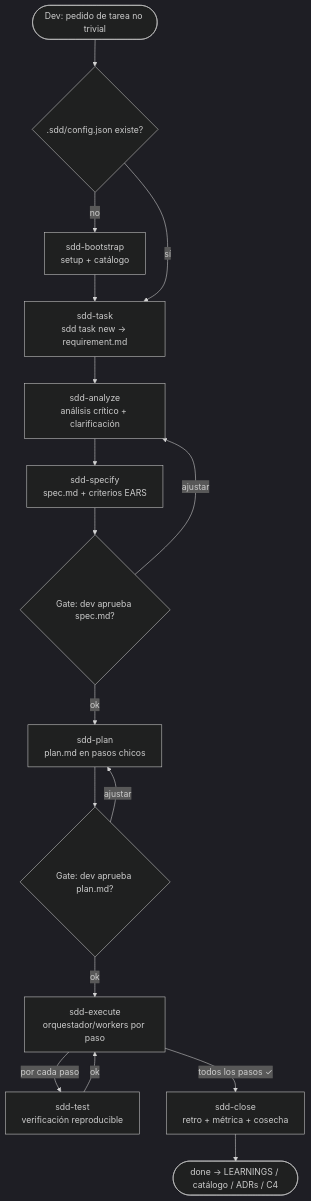
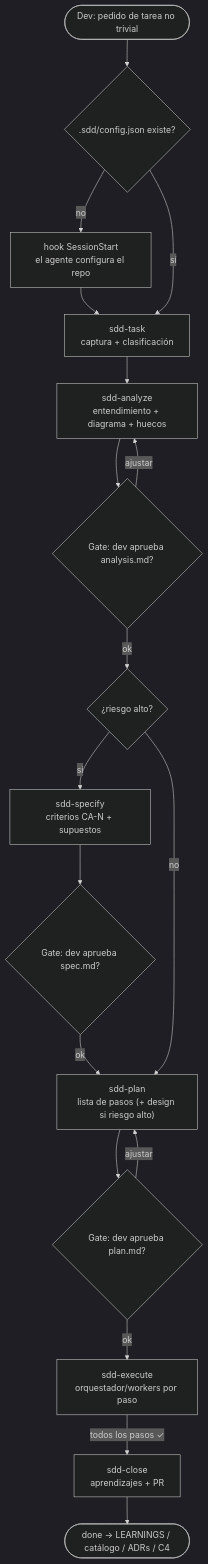
One commit to ezepaskana/sddkit changed the diagram in README.md. Above: the diagram before and after it, drawn with Mermaid (dark theme). The commit also changed other lines of this file and 194 other files, not shown here.

````diff
--- a/README.md
+++ b/README.md
@@ -141,21 +52,24 @@
 ```mermaid
 flowchart TD
-  start(["Dev: pedido de tarea no trivial"]) --> bootstrap{".sdd/config.json existe?"}
-  bootstrap -- no --> sb["sdd-bootstrap<br/>setup + catálogo"]
-  sb --> task
-  bootstrap -- sí --> task["sdd-task<br/>sdd task new → requirement.md"]
+  start(["Dev: pedido de tarea no trivial"]) --> boot{".sdd/config.json existe?"}
+  boot -- no --> hook["hook SessionStart<br/>el agente configura el repo"]
+  hook --> task
+  boot -- sí --> task["sdd-task<br/>captura + clasificación"]
 
-  task --> analyze["sdd-analyze<br/>análisis crítico + clarificación"]
-  analyze --> specify["sdd-specify<br/>spec.md + criterios EARS"]
+  task --> analyze["sdd-analyze<br/>entendimiento + diagrama + huecos"]
+  analyze --> gateAn{"Gate: dev aprueba analysis.md?"}
+  gateAn -- ajustar --> analyze
+  gateAn -- ok --> riesgo{"¿riesgo alto?"}
+
+  riesgo -- sí --> specify["sdd-specify<br/>criterios CA-N + supuestos"]
   specify --> gateSpec{"Gate: dev aprueba spec.md?"}
-  gateSpec -- ajustar --> analyze
-  gateSpec -- ok --> plan["sdd-plan<br/>plan.md en pasos chicos"]
+  gateSpec -- ok --> plan
+  riesgo -- no --> plan["sdd-plan<br/>lista de pasos (+ design si riesgo alto)"]
+
   plan --> gatePlan{"Gate: dev aprueba plan.md?"}
   gatePlan -- ajustar --> plan
   gatePlan -- ok --> execute["sdd-execute<br/>orquestador/workers por paso"]
 
-  execute -- "por cada paso" --> test["sdd-test<br/>verificación reproducible"]
-  test -- ok --> execute
-  execute -- "todos los pasos ✓" --> close["sdd-close<br/>retro + métrica + cosecha"]
+  execute -- "todos los pasos ✓" --> close["sdd-close<br/>aprendizajes + PR"]
   close --> done(["done → LEARNINGS / catálogo / ADRs / C4"])
 ```
````
